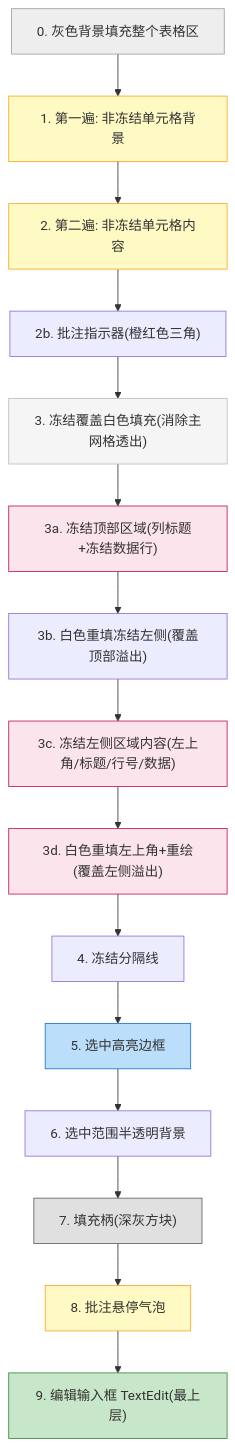
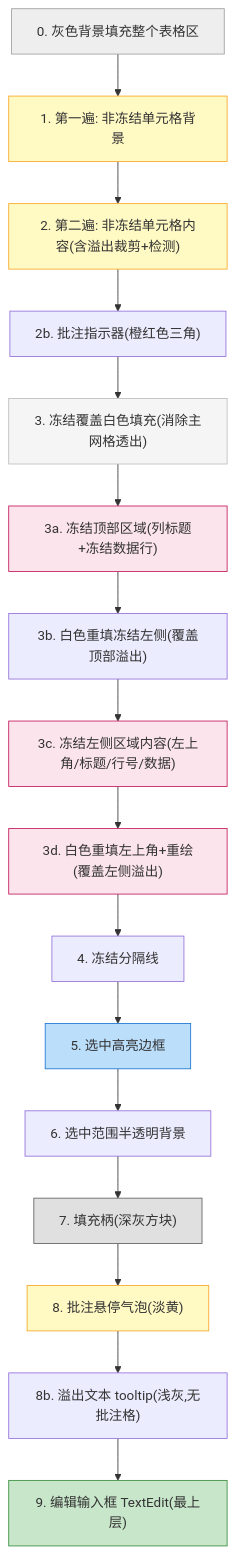
Before and after one commit to dunpju/umya-spreadsheet-excel: the second of 3 diagrams in docs/gui/widgets/table.md, drawn with Mermaid. The commit also changed other lines of this file and 2 other files, not shown here.

````diff
--- a/docs/gui/widgets/table.md
+++ b/docs/gui/widgets/table.md
@@ -353,29 +390,30 @@
 ```mermaid
 flowchart TD
     L0["0. 灰色背景填充整个表格区"] --> L1["1. 第一遍: 非冻结单元格背景"]
-    L1 --> L2["2. 第二遍: 非冻结单元格内容"]
+    L1 --> L2["2. 第二遍: 非冻结单元格内容(含溢出裁剪+检测)"]
     L2 --> L2b["2b. 批注指示器(橙红色三角)"]
     L2b --> L3["3. 冻结覆盖白色填充(消除主网格透出)"]
     L3 --> L3a["3a. 冻结顶部区域(列标题+冻结数据行)"]
     L3a --> L3b["3b. 白色重填冻结左侧(覆盖顶部溢出)"]
     L3b --> L3c["3c. 冻结左侧区域内容(左上角/标题/行号/数据)"]
     L3c --> L3d["3d. 白色重填左上角+重绘(覆盖左侧溢出)"]
     L3d --> L4["4. 冻结分隔线"]
     L4 --> L5["5. 选中高亮边框"]
     L5 --> L6["6. 选中范围半透明背景"]
     L6 --> L7["7. 填充柄(深灰方块)"]
-    L7 --> L8["8. 批注悬停气泡"]
-    L8 --> L9["9. 编辑输入框 TextEdit(最上层)"]
+    L7 --> L8["8. 批注悬停气泡(淡黄)"]
+    L8 --> L8b["8b. 溢出文本 tooltip(浅灰,无批注格)"]
+    L8b --> L9["9. 编辑输入框 TextEdit(最上层)"]
 
 style L0 fill:#eeeeee,stroke:#9e9e9e
 style L1 fill:#fff9c4,stroke:#f9a825
 style L2 fill:#fff9c4,stroke:#f9a825
 style L3 fill:#f5f5f5,stroke:#bdbdbd
 style L3a fill:#fce4ec,stroke:#c2185b
 style L3c fill:#fce4ec,stroke:#c2185b
 style L3d fill:#fce4ec,stroke:#c2185b
 style L5 fill:#bbdefb,stroke:#1976d2
 style L7 fill:#e0e0e0,stroke:#616161
 style L8 fill:#fff9c4,stroke:#f9a825
 style L9 fill:#c8e6c9,stroke:#388e3c
 ```
````
